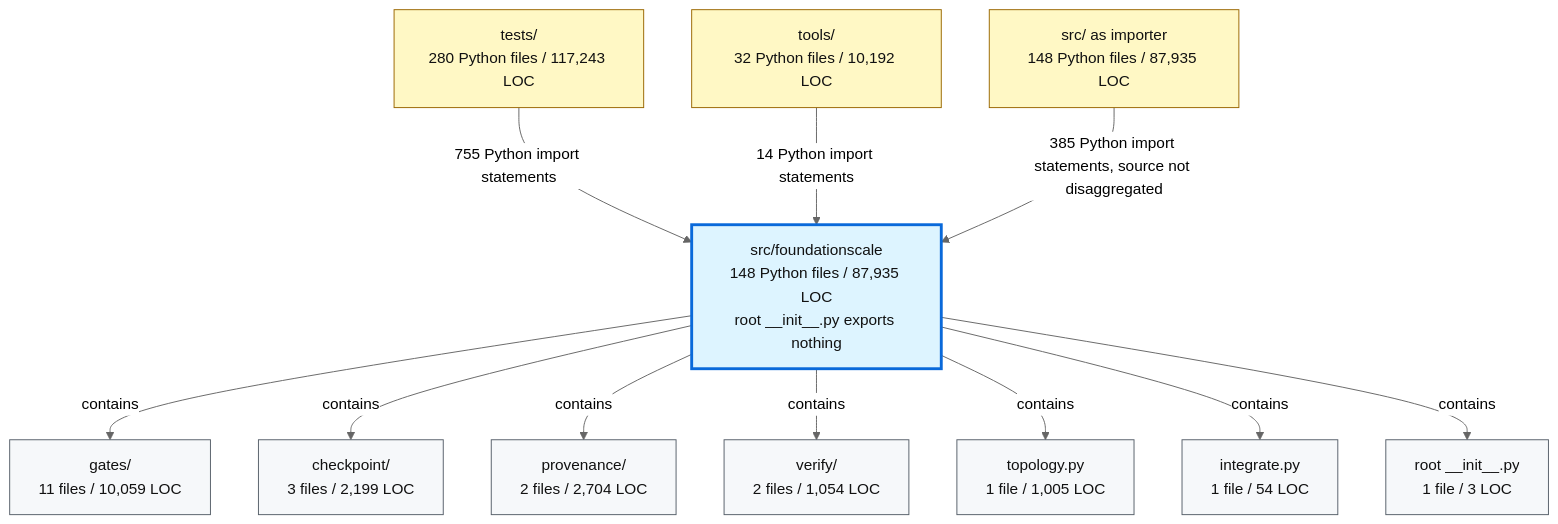
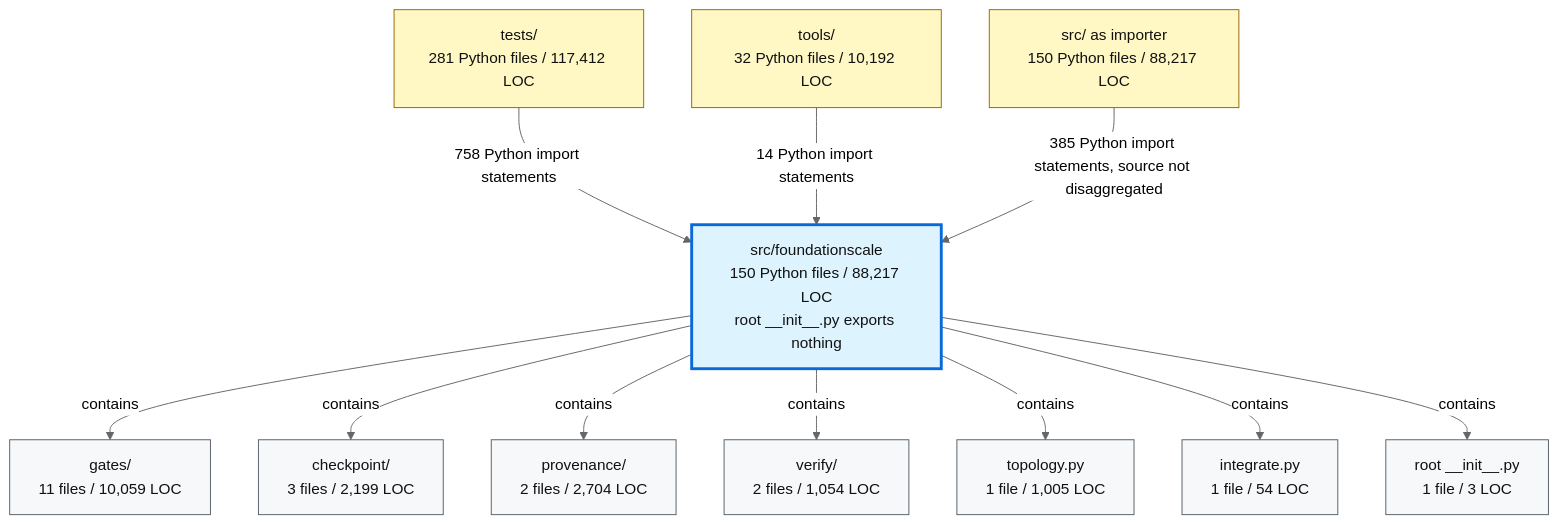
Before and after one commit to TranNhiem/FoundationScale: the second of 2 diagrams in docs/review/D2_current_architecture.md, drawn with Mermaid (neutral theme). The commit also changed other lines of this file and 11 other files, not shown here.

````diff
--- a/docs/review/D2_current_architecture.md
+++ b/docs/review/D2_current_architecture.md
@@ -97,36 +97,36 @@
 ```mermaid
 flowchart TB
-  TESTS["tests/<br/>280 Python files / 117,243 LOC"]
+  TESTS["tests/<br/>281 Python files / 117,412 LOC"]
   TOOLS["tools/<br/>32 Python files / 10,192 LOC"]
-  SRC["src/ as importer<br/>148 Python files / 87,935 LOC"]
+  SRC["src/ as importer<br/>150 Python files / 88,217 LOC"]
 
-  FS["src/foundationscale<br/>148 Python files / 87,935 LOC<br/>root __init__.py exports nothing"]
+  FS["src/foundationscale<br/>150 Python files / 88,217 LOC<br/>root __init__.py exports nothing"]
 
   GATES["gates/<br/>11 files / 10,059 LOC"]
   CKPT["checkpoint/<br/>3 files / 2,199 LOC"]
   PROV["provenance/<br/>2 files / 2,704 LOC"]
   VERIFY["verify/<br/>2 files / 1,054 LOC"]
   TOPO["topology.py<br/>1 file / 1,005 LOC"]
   INTEG["integrate.py<br/>1 file / 54 LOC"]
   ROOT["root __init__.py<br/>1 file / 3 LOC"]
 
-  TESTS -->|"755 Python import statements"| FS
+  TESTS -->|"758 Python import statements"| FS
   TOOLS -->|"14 Python import statements"| FS
   SRC -->|"385 Python import statements, source not disaggregated"| FS
 
   FS -->|"contains"| GATES
   FS -->|"contains"| CKPT
   FS -->|"contains"| PROV
   FS -->|"contains"| VERIFY
   FS -->|"contains"| TOPO
   FS -->|"contains"| INTEG
   FS -->|"contains"| ROOT
 
   classDef consumer fill:#fff8c5,stroke:#9a6700,color:#111;
   classDef package fill:#ddf4ff,stroke:#0969da,stroke-width:3px,color:#111;
   classDef module fill:#f6f8fa,stroke:#57606a,color:#111;
 
   class TESTS,TOOLS,SRC consumer;
   class FS package;
   class GATES,CKPT,PROV,VERIFY,TOPO,INTEG,ROOT module;
 ```
````
